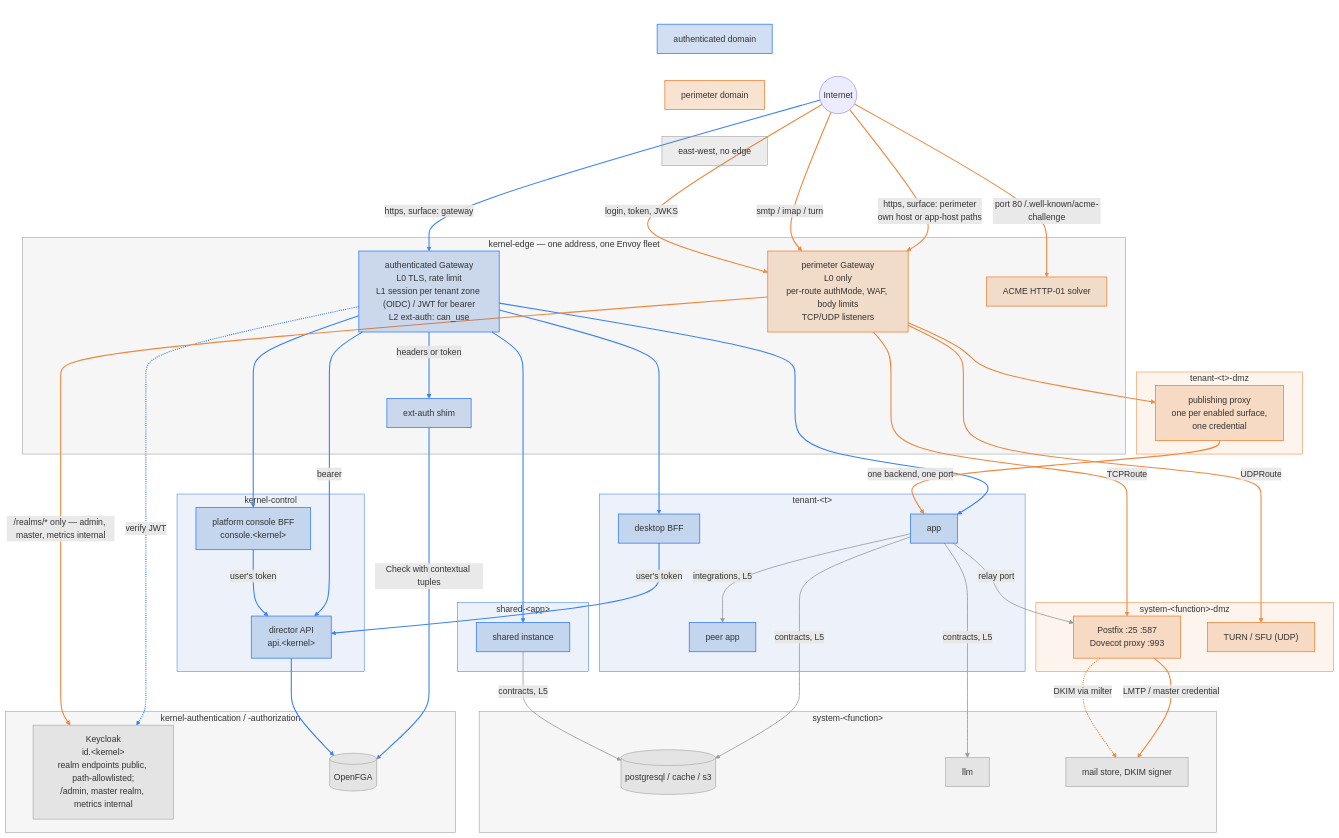
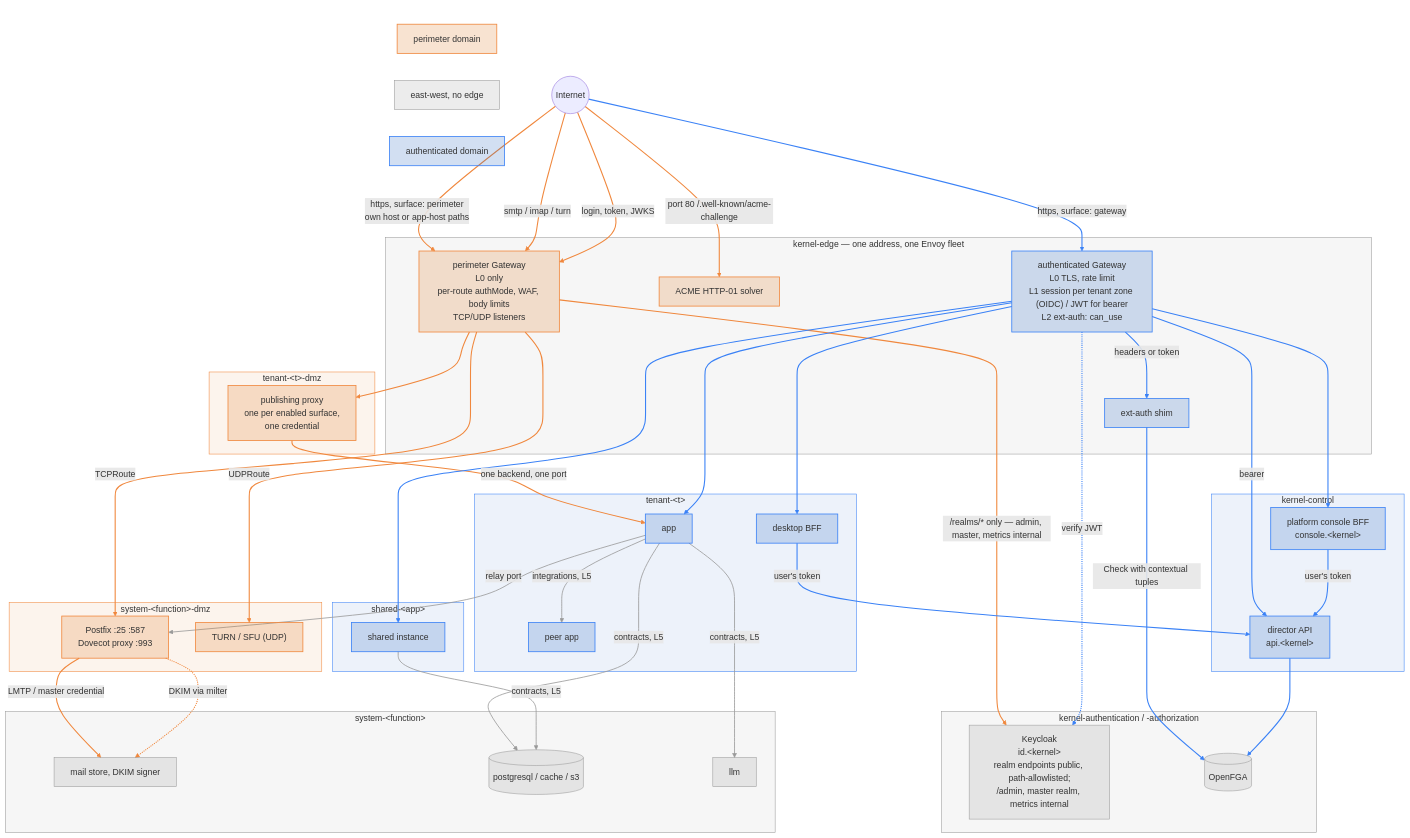
The diagram in docs/plans/networking.md (gentian-org/gentian-os), drawn with Mermaid before and after one commit.

Commit message:
docs(networking): diagram ordered perimeter | issuer | authenticated, left to right

````diff
--- a/docs/plans/networking.md
+++ b/docs/plans/networking.md
@@ -49,18 +49,27 @@
 flowchart TB
     subgraph LEGEND[" "]
         direction LR
-        LA["authenticated domain"]
         LP["perimeter domain"]
         LE["east-west, no edge"]
+        LA["authenticated domain"]
     end
 
     NET(("Internet"))
 
     subgraph EDGE["kernel-edge — one address, one Envoy fleet"]
+        PG["perimeter Gateway<br/>L0 only<br/>per-route authMode, WAF, body limits<br/>TCP/UDP listeners"]
+        ACME["ACME HTTP-01 solver"]
         AG["authenticated Gateway<br/>L0 TLS, rate limit<br/>L1 session per tenant zone (OIDC) / JWT for bearer<br/>L2 ext-auth: can_use"]
-        PG["perimeter Gateway<br/>L0 only<br/>per-route authMode, WAF, body limits<br/>TCP/UDP listeners"]
         SHIM["ext-auth shim"]
-        ACME["ACME HTTP-01 solver"]
+    end
+
+    subgraph SDMZ["system-&lt;function&gt;-dmz"]
+        MTA["Postfix :25 :587<br/>Dovecot proxy :993"]
+        TURN["TURN / SFU (UDP)"]
+    end
+
+    subgraph TDMZ["tenant-&lt;t&gt;-dmz"]
+        PX["publishing proxy<br/>one per enabled surface,<br/>one credential"]
     end
 
     subgraph KAUTH["kernel-authentication / -authorization"]
@@ -68,70 +77,55 @@
         FGA[("OpenFGA")]
     end
 
-    subgraph KCTL["kernel-control"]
-        DIR["director API<br/>api.&lt;kernel&gt;"]
-        CON["platform console BFF<br/>console.&lt;kernel&gt;"]
+    subgraph SYS["system-&lt;function&gt;"]
+        STORE["mail store, DKIM signer"]
+        DB[("postgresql / cache / s3")]
+        LLM["llm"]
     end
 
     subgraph TEN["tenant-&lt;t&gt;"]
-        DESK["desktop BFF"]
         APP["app"]
         PEER["peer app"]
-    end
-
-    subgraph TDMZ["tenant-&lt;t&gt;-dmz"]
-        PX["publishing proxy<br/>one per enabled surface,<br/>one credential"]
+        DESK["desktop BFF"]
     end
 
     subgraph SHR["shared-&lt;app&gt;"]
         SAPP["shared instance"]
     end
 
-    subgraph SYS["system-&lt;function&gt;"]
-        DB[("postgresql / cache / s3")]
-        LLM["llm"]
-        STORE["mail store, DKIM signer"]
+    subgraph KCTL["kernel-control"]
+        CON["platform console BFF<br/>console.&lt;kernel&gt;"]
+        DIR["director API<br/>api.&lt;kernel&gt;"]
     end
 
-    subgraph SDMZ["system-&lt;function&gt;-dmz"]
-        MTA["Postfix :25 :587<br/>Dovecot proxy :993"]
-        TURN["TURN / SFU (UDP)"]
-    end
-
-    NET -->|"https, surface: gateway"| AG
     NET -->|"https, surface: perimeter<br/>own host or app-host paths"| PG
     NET -->|"smtp / imap / turn"| PG
+    NET -->|"port 80 /.well-known/acme-challenge"| ACME
     NET -->|"login, token, JWKS"| PG
-    NET -->|"port 80 /.well-known/acme-challenge"| ACME
-
+    PG --> PX
+    PG -->|"TCPRoute"| MTA
+    PG -->|"UDPRoute"| TURN
+    PG -->|"/realms/* only — admin, master, metrics internal"| KC
+    MTA -->|"LMTP / master credential"| STORE
+    MTA -. "DKIM via milter" .-> STORE
+    PX -->|"one backend, one port"| APP
+    NET -->|"https, surface: gateway"| AG
     AG -. "verify JWT" .-> KC
     AG -->|"headers or token"| SHIM
     SHIM -->|"Check with contextual tuples"| FGA
-
     AG --> DESK
     AG --> APP
     AG --> SAPP
     AG --> CON
     AG -->|"bearer"| DIR
-
-    PG --> PX
-    PG -->|"TCPRoute"| MTA
-    PG -->|"UDPRoute"| TURN
-
-    PX -->|"one backend, one port"| APP
-    MTA -->|"LMTP / master credential"| STORE
-    MTA -. "DKIM via milter" .-> STORE
-
     DESK -->|"user's token"| DIR
     CON -->|"user's token"| DIR
     DIR --> FGA
-
     APP -->|"contracts, L5"| DB
     APP -->|"contracts, L5"| LLM
     APP -->|"relay port"| MTA
     APP -->|"integrations, L5"| PEER
     SAPP -->|"contracts, L5"| DB
-    PG -->|"/realms/* only — admin, master, metrics internal"| KC
 
     classDef auth fill:#1f5fbf33,stroke:#3b82f6,stroke-width:1.5px
     classDef perim fill:#d9731a33,stroke:#f0883e,stroke-width:1.5px
@@ -148,7 +142,7 @@
     style KAUTH fill:#80808012,stroke:#9a9a9a
     style SYS fill:#80808012,stroke:#9a9a9a
     style LEGEND fill:none,stroke:none
-    linkStyle 0,5,6,7,8,9,10,11,12,19,20,21 stroke:#3b82f6,stroke-width:2px
-    linkStyle 1,2,3,4,13,14,15,16,17,18,27 stroke:#f0883e,stroke-width:2px
-    linkStyle 22,23,24,25,26 stroke:#9a9a9a,stroke-width:1.5px
+    linkStyle 0,1,2,3,4,5,6,7,8,9,10 stroke:#f0883e,stroke-width:2px
+    linkStyle 11,12,13,14,15,16,17,18,19,20,21,22 stroke:#3b82f6,stroke-width:2px
+    linkStyle 23,24,25,26,27 stroke:#9a9a9a,stroke-width:1.5px
 ```
````
